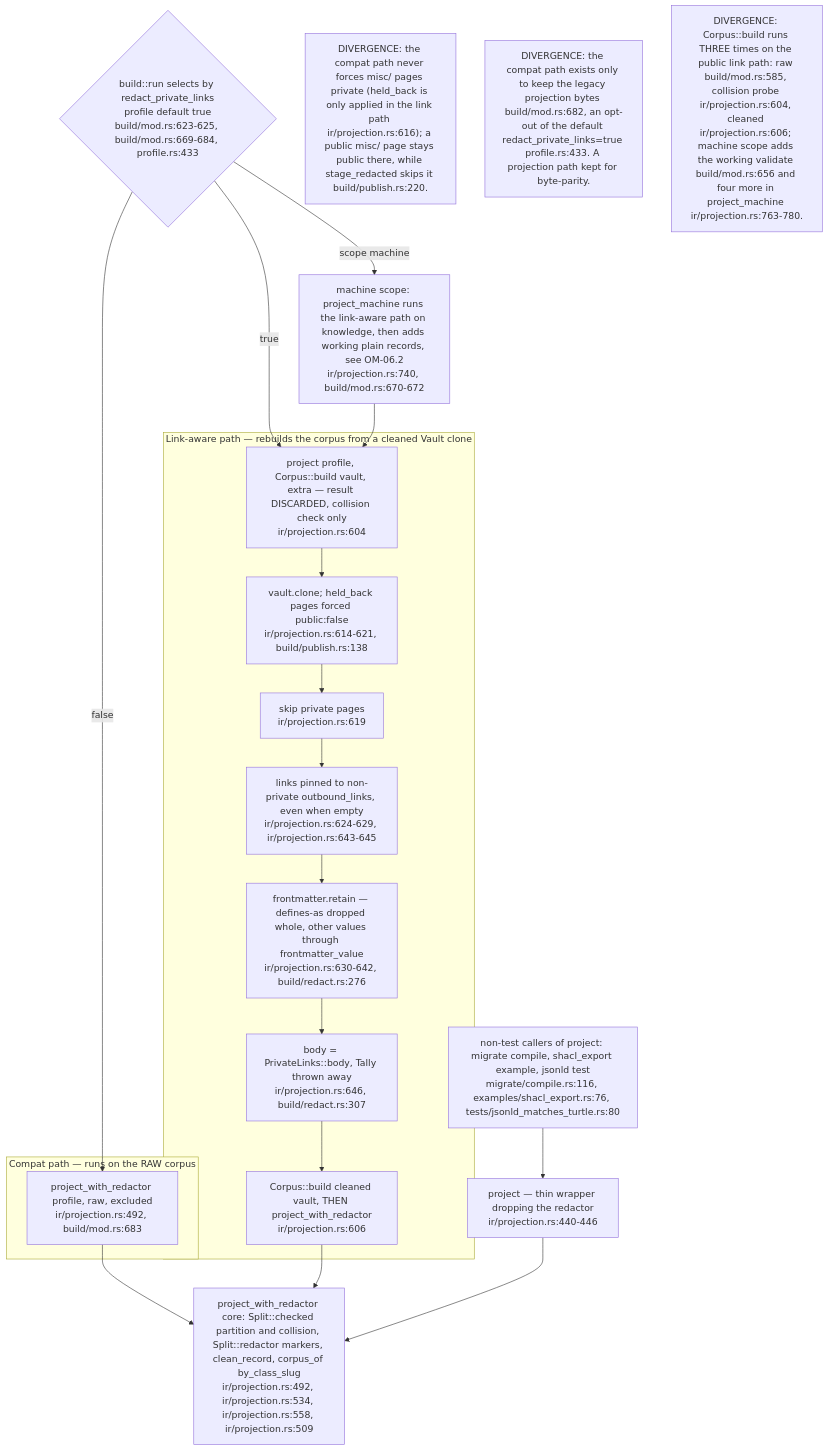
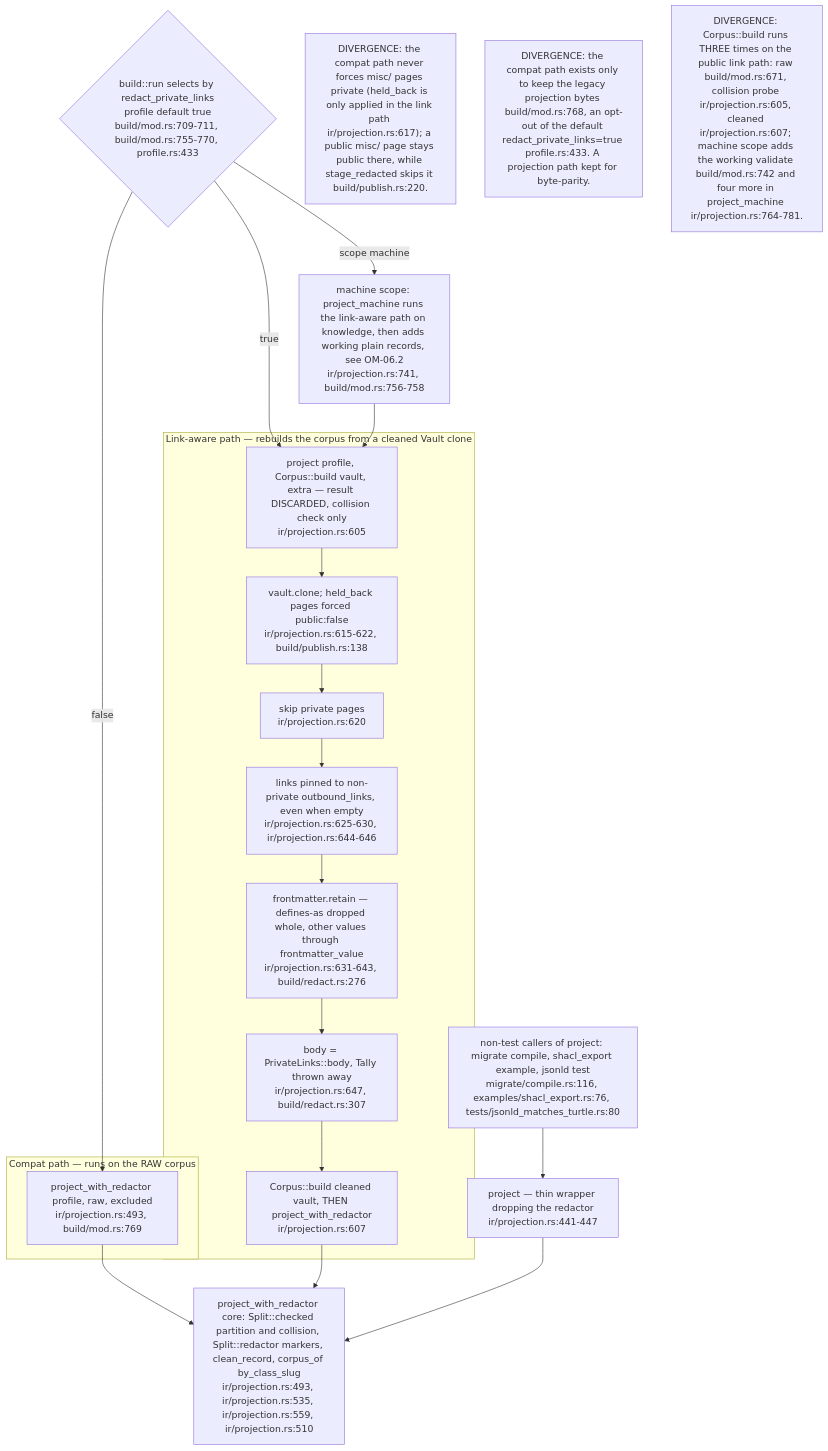
The third of 6 diagrams in docs/diagrams/ontomark/02-ir-corpus-projection-and-redaction.md (DreamLab-AI/VisionFlow), drawn with Mermaid before and after one commit. The commit also changed other lines of this file and 59 other files, not shown here.

First line of the commit message:
docs(diagrams): re-derive and re-stamp forum, website, pod, ontomark and sealmap topics

````diff
--- a/docs/diagrams/ontomark/02-ir-corpus-projection-and-redaction.md
+++ b/docs/diagrams/ontomark/02-ir-corpus-projection-and-redaction.md
@@ -111,30 +111,30 @@
 ```mermaid
 flowchart TD
-    SEL{"build::run selects by redact_private_links<br/>profile default true<br/>build/mod.rs:623-625, build/mod.rs:669-684, profile.rs:433"}
+    SEL{"build::run selects by redact_private_links<br/>profile default true<br/>build/mod.rs:709-711, build/mod.rs:755-770, profile.rs:433"}
     subgraph LEGACY["Compat path — runs on the RAW corpus"]
-      PWR["project_with_redactor profile, raw, excluded<br/>ir/projection.rs:492, build/mod.rs:683"]
+      PWR["project_with_redactor profile, raw, excluded<br/>ir/projection.rs:493, build/mod.rs:769"]
     end
     subgraph LINKS["Link-aware path — rebuilds the corpus from a cleaned Vault clone"]
-      L1["project profile, Corpus::build vault, extra — result DISCARDED, collision check only<br/>ir/projection.rs:604"]
-      L2["vault.clone; held_back pages forced public:false<br/>ir/projection.rs:614-621, build/publish.rs:138"]
-      L3["skip private pages<br/>ir/projection.rs:619"]
-      L4["links pinned to non-private outbound_links, even when empty<br/>ir/projection.rs:624-629, ir/projection.rs:643-645"]
-      L5["frontmatter.retain — defines-as dropped whole, other values through frontmatter_value<br/>ir/projection.rs:630-642, build/redact.rs:276"]
-      L6["body = PrivateLinks::body, Tally thrown away<br/>ir/projection.rs:646, build/redact.rs:307"]
-      L7["Corpus::build cleaned vault, THEN project_with_redactor<br/>ir/projection.rs:606"]
+      L1["project profile, Corpus::build vault, extra — result DISCARDED, collision check only<br/>ir/projection.rs:605"]
+      L2["vault.clone; held_back pages forced public:false<br/>ir/projection.rs:615-622, build/publish.rs:138"]
+      L3["skip private pages<br/>ir/projection.rs:620"]
+      L4["links pinned to non-private outbound_links, even when empty<br/>ir/projection.rs:625-630, ir/projection.rs:644-646"]
+      L5["frontmatter.retain — defines-as dropped whole, other values through frontmatter_value<br/>ir/projection.rs:631-643, build/redact.rs:276"]
+      L6["body = PrivateLinks::body, Tally thrown away<br/>ir/projection.rs:647, build/redact.rs:307"]
+      L7["Corpus::build cleaned vault, THEN project_with_redactor<br/>ir/projection.rs:607"]
       L1 --> L2 --> L3 --> L4 --> L5 --> L6 --> L7
     end
-    CORE["project_with_redactor core: Split::checked partition and collision, Split::redactor markers, clean_record, corpus_of by_class_slug<br/>ir/projection.rs:492, ir/projection.rs:534, ir/projection.rs:558, ir/projection.rs:509"]
-    WRAP["project — thin wrapper dropping the redactor<br/>ir/projection.rs:440-446"]
-    MACH["machine scope: project_machine runs the link-aware path on knowledge, then adds working plain records, see OM-06.2<br/>ir/projection.rs:740, build/mod.rs:670-672"]
+    CORE["project_with_redactor core: Split::checked partition and collision, Split::redactor markers, clean_record, corpus_of by_class_slug<br/>ir/projection.rs:493, ir/projection.rs:535, ir/projection.rs:559, ir/projection.rs:510"]
+    WRAP["project — thin wrapper dropping the redactor<br/>ir/projection.rs:441-447"]
+    MACH["machine scope: project_machine runs the link-aware path on knowledge, then adds working plain records, see OM-06.2<br/>ir/projection.rs:741, build/mod.rs:756-758"]
     SEL -->|false| PWR --> CORE
     SEL -->|true| L1
     SEL -->|scope machine| MACH --> L1
     L7 --> CORE
     WRAP --> CORE
     PROD["non-test callers of project: migrate compile, shacl_export example, jsonld test<br/>migrate/compile.rs:116, examples/shacl_export.rs:76, tests/jsonld_matches_turtle.rs:80"]
     PROD --> WRAP
-    n1["DIVERGENCE: the compat path never forces misc/ pages private (held_back is only applied in the link path ir/projection.rs:616); a public misc/ page stays public there, while stage_redacted skips it build/publish.rs:220."]
-    n2["DIVERGENCE: the compat path exists only to keep the legacy projection bytes build/mod.rs:682, an opt-out of the default redact_private_links=true profile.rs:433. A projection path kept for byte-parity."]
-    n3["DIVERGENCE: Corpus::build runs THREE times on the public link path: raw build/mod.rs:585, collision probe ir/projection.rs:604, cleaned ir/projection.rs:606; machine scope adds the working validate build/mod.rs:656 and four more in project_machine ir/projection.rs:763-780."]
+    n1["DIVERGENCE: the compat path never forces misc/ pages private (held_back is only applied in the link path ir/projection.rs:617); a public misc/ page stays public there, while stage_redacted skips it build/publish.rs:220."]
+    n2["DIVERGENCE: the compat path exists only to keep the legacy projection bytes build/mod.rs:768, an opt-out of the default redact_private_links=true profile.rs:433. A projection path kept for byte-parity."]
+    n3["DIVERGENCE: Corpus::build runs THREE times on the public link path: raw build/mod.rs:671, collision probe ir/projection.rs:605, cleaned ir/projection.rs:607; machine scope adds the working validate build/mod.rs:742 and four more in project_machine ir/projection.rs:764-781."]
 ```
````
